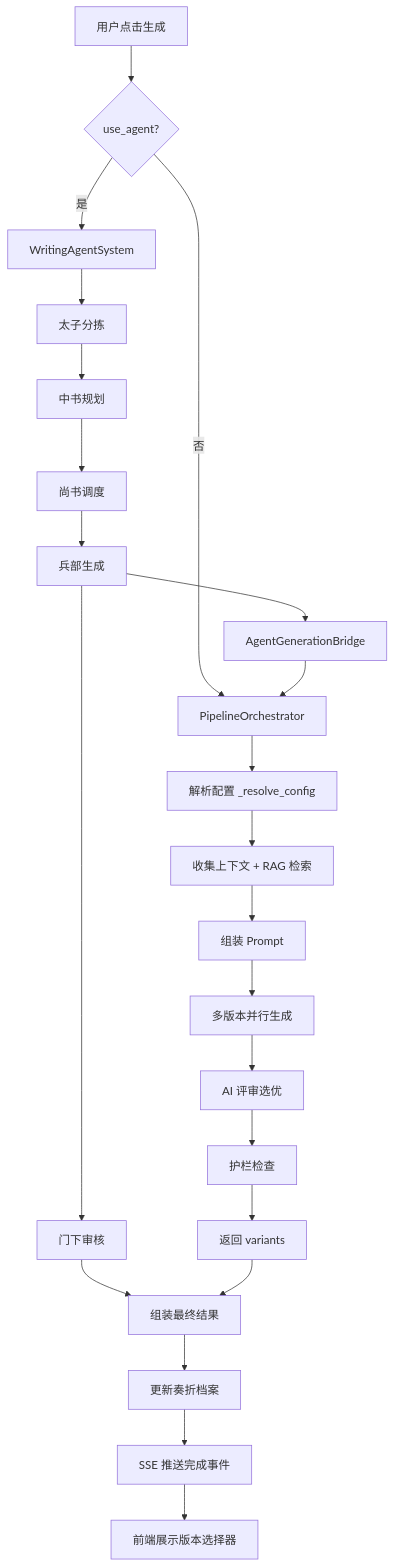
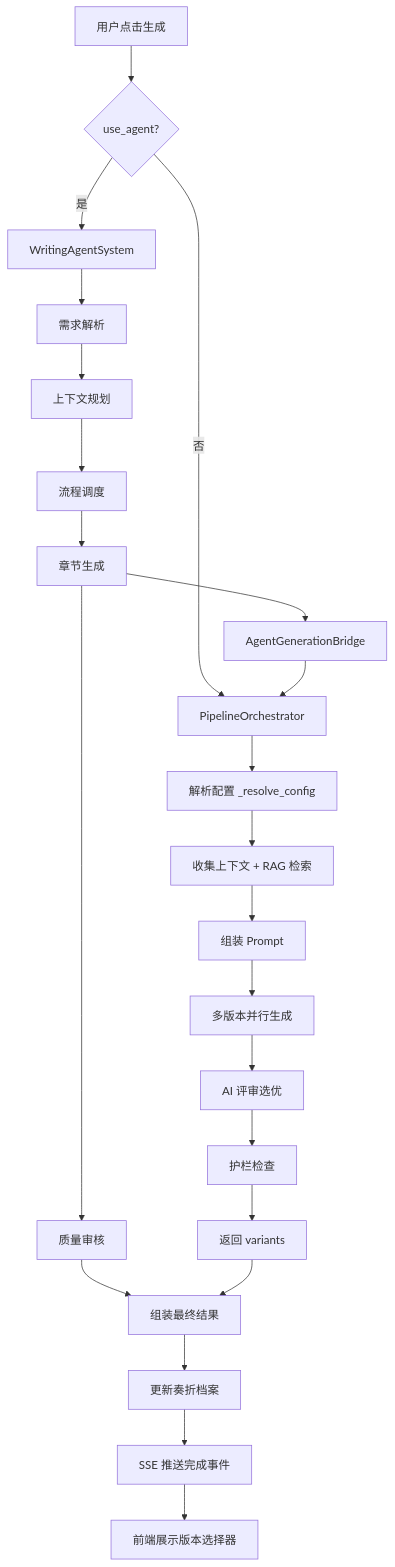
The first of 2 diagrams in SYSTEM_ARCHITECTURE.md (testdown001/mix-ainovel), drawn with Mermaid before and after one commit. The commit also changed other lines of this file and 83 other files, not shown here.

````diff
--- a/SYSTEM_ARCHITECTURE.md
+++ b/SYSTEM_ARCHITECTURE.md
@@ -84,28 +84,28 @@
 ```mermaid
 graph TD
     A[用户点击生成] --> B{use_agent?}
     B -->|是| C[WritingAgentSystem]
     B -->|否| D[PipelineOrchestrator]
 
-    C --> C1[太子分拣]
-    C1 --> C2[中书规划]
-    C2 --> C3[尚书调度]
-    C3 --> C4[兵部生成]
+    C --> C1[需求解析]
+    C1 --> C2[上下文规划]
+    C2 --> C3[流程调度]
+    C3 --> C4[章节生成]
     C4 --> C4B[AgentGenerationBridge]
     C4B --> D
-    C4 --> C5[门下审核]
+    C4 --> C5[质量审核]
 
     D --> D1[解析配置 _resolve_config]
     D1 --> D2[收集上下文 + RAG 检索]
     D2 --> D3[组装 Prompt]
     D3 --> D4[多版本并行生成]
     D4 --> D5[AI 评审选优]
     D5 --> D6[护栏检查]
     D6 --> D7[返回 variants]
 
     C5 --> E[组装最终结果]
     D7 --> E
     E --> F[更新奏折档案]
     F --> G[SSE 推送完成事件]
     G --> H[前端展示版本选择器]
 ```
````
